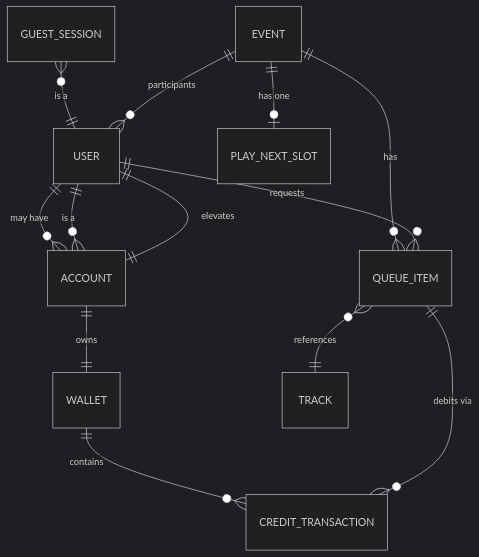
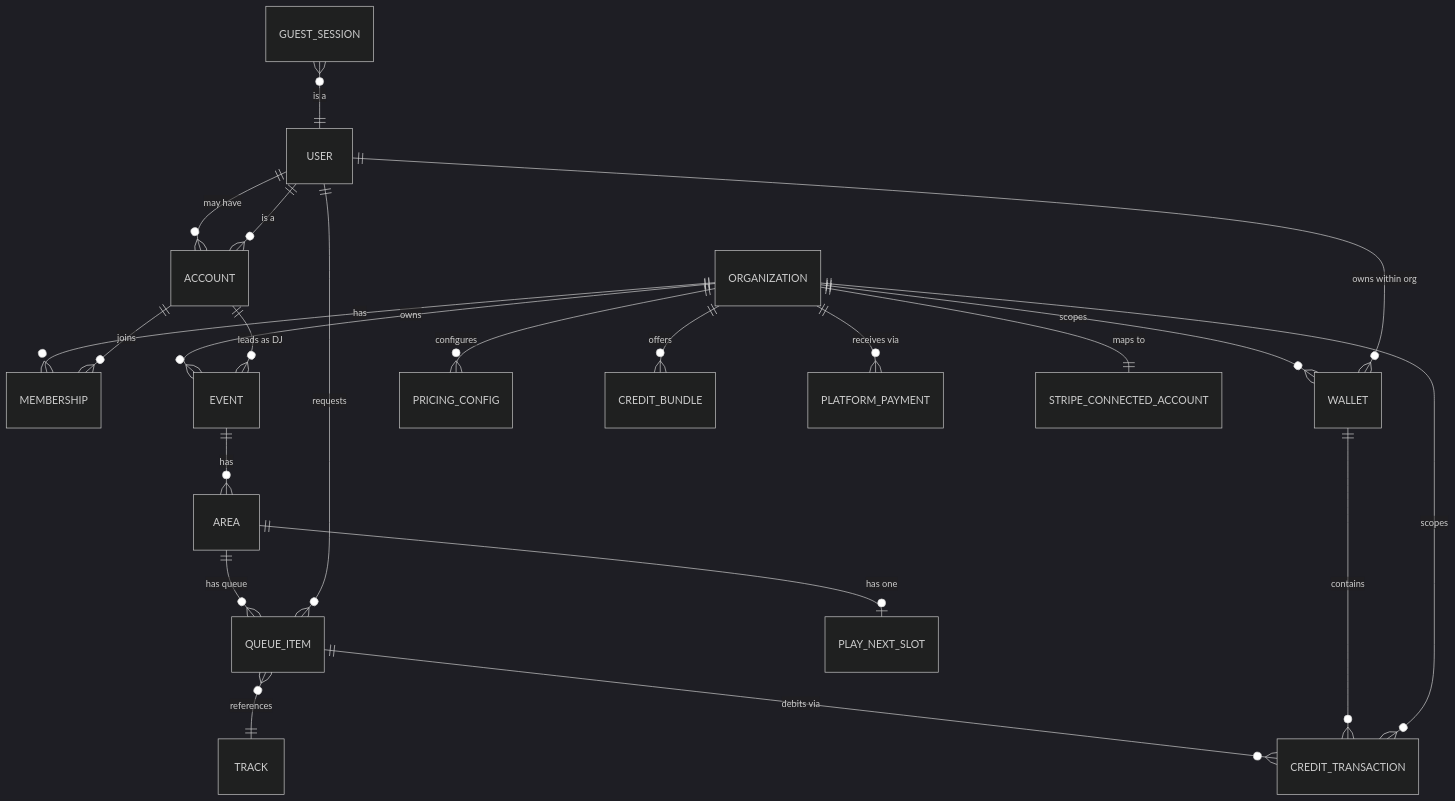
One commit to brandonmartinez/mrdj changed the first of 2 diagrams in docs/ARCHITECTURE.md. Above: the diagram before and after it, drawn with Mermaid (dark theme). The commit also changed other lines of this file and 5 other files, not shown here.

````diff
--- a/docs/ARCHITECTURE.md
+++ b/docs/ARCHITECTURE.md
@@ -12,20 +12,27 @@
 ```mermaid
 erDiagram
     USER ||--o{ ACCOUNT : "may have"
     GUEST_SESSION }o--|| USER : "is a"
     ACCOUNT }o--|| USER : "is a"
-    
-    ACCOUNT ||--|| WALLET : "owns"
-    WALLET ||--o{ CREDIT_TRANSACTION : "contains"
-    
-    EVENT ||--o{ QUEUE_ITEM : "has"
-    EVENT ||--o| PLAY_NEXT_SLOT : "has one"
-    
+
+    ORGANIZATION ||--o{ MEMBERSHIP : "has"
+    ACCOUNT ||--o{ MEMBERSHIP : "joins"
+    ORGANIZATION ||--o{ EVENT : "owns"
+    ACCOUNT ||--o{ EVENT : "leads as DJ"
+    EVENT ||--o{ AREA : "has"
+    AREA ||--o{ QUEUE_ITEM : "has queue"
+    AREA ||--o| PLAY_NEXT_SLOT : "has one"
+
     USER ||--o{ QUEUE_ITEM : "requests"
     QUEUE_ITEM }o--|| TRACK : "references"
-    
-    EVENT ||--o{ USER : "participants"
-    ACCOUNT ||--|| USER : "elevates"
-    
     QUEUE_ITEM ||--o{ CREDIT_TRANSACTION : "debits via"
+
+    ORGANIZATION ||--o{ WALLET : "scopes"
+    USER ||--o{ WALLET : "owns within org"
+    WALLET ||--o{ CREDIT_TRANSACTION : "contains"
+    ORGANIZATION ||--o{ CREDIT_TRANSACTION : "scopes"
+    ORGANIZATION ||--o{ PRICING_CONFIG : "configures"
+    ORGANIZATION ||--o{ CREDIT_BUNDLE : "offers"
+    ORGANIZATION ||--o{ PLATFORM_PAYMENT : "receives via"
+    ORGANIZATION ||--|| STRIPE_CONNECTED_ACCOUNT : "maps to"
 ```
````
